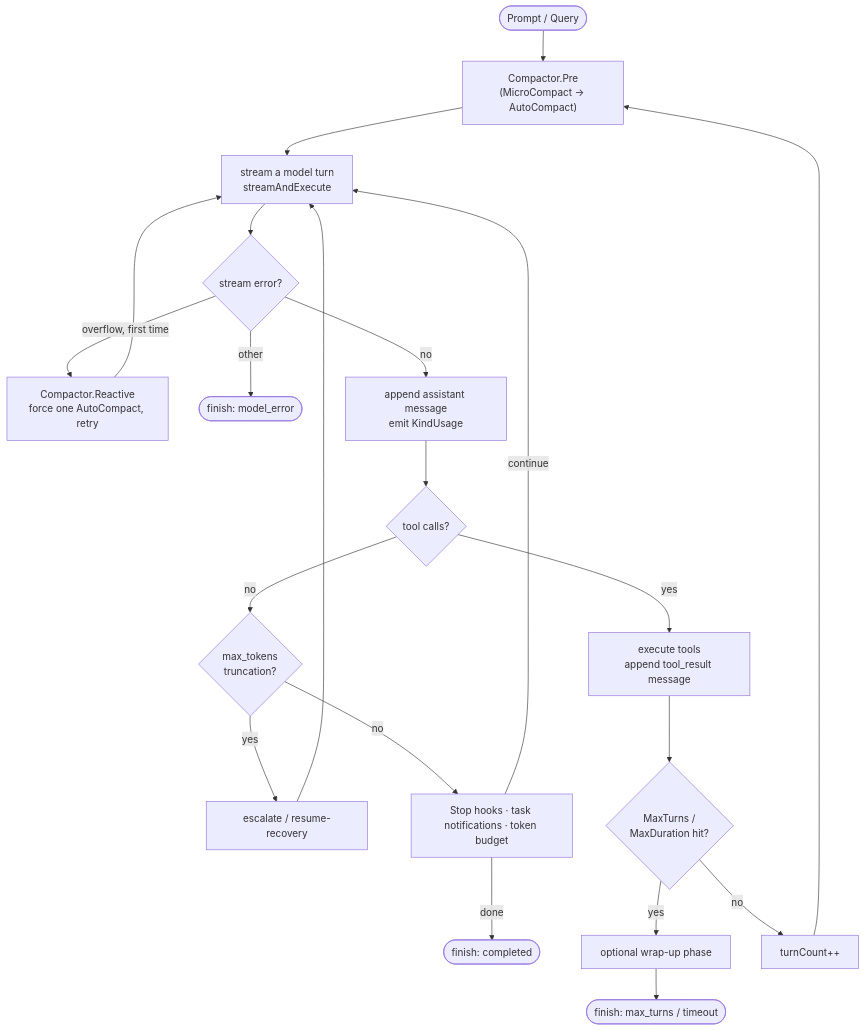
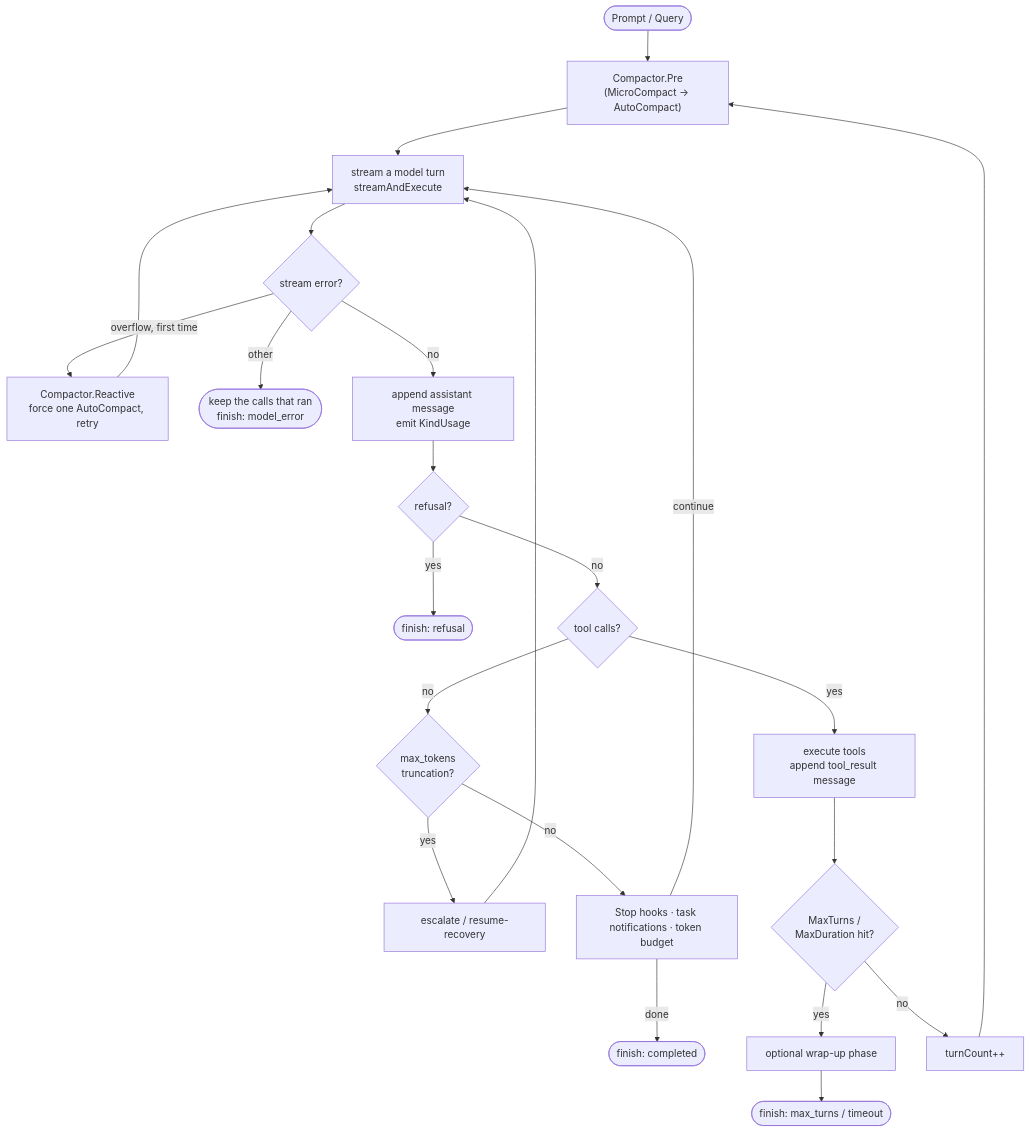
One commit to 0xmanhnv/Norma changed the third of 8 diagrams in docs/ARCHITECTURE.md. Above: the diagram before and after it, drawn with Mermaid. The commit also changed other lines of this file and 3 other files, not shown here.

````diff
--- a/docs/ARCHITECTURE.md
+++ b/docs/ARCHITECTURE.md
@@ -159,25 +159,27 @@
 ```mermaid
 flowchart TD
     Start([Prompt / Query]) --> Pre["Compactor.Pre<br/>(MicroCompact → AutoCompact)"]
     Pre --> StreamCall["stream a model turn<br/>streamAndExecute"]
     StreamCall --> Err{stream error?}
     Err -->|overflow, first time| React["Compactor.Reactive<br/>force one AutoCompact, retry"]
     React --> StreamCall
-    Err -->|other| ModelErr([finish: model_error])
+    Err -->|other| ModelErr(["keep the calls that ran<br/>finish: model_error"])
     Err -->|no| Append["append assistant message<br/>emit KindUsage"]
-    Append --> HasTools{tool calls?}
+    Append --> Refused{refusal?}
+    Refused -->|yes| RefusalEnd([finish: refusal])
+    Refused -->|no| HasTools{tool calls?}
 
     HasTools -->|no| MaxTok{max_tokens<br/>truncation?}
     MaxTok -->|yes| Escalate["escalate / resume-recovery"]
     Escalate --> StreamCall
     MaxTok -->|no| StopHooks["Stop hooks · task notifications · token budget"]
     StopHooks -->|continue| StreamCall
     StopHooks -->|done| Done([finish: completed])
 
     HasTools -->|yes| RunTools["execute tools<br/>append tool_result message"]
     RunTools --> Budget{MaxTurns /<br/>MaxDuration hit?}
     Budget -->|yes| Settle["optional wrap-up phase"]
     Settle --> Done2([finish: max_turns / timeout])
     Budget -->|no| NextTurn["turnCount++"]
     NextTurn --> Pre
 ```
````
